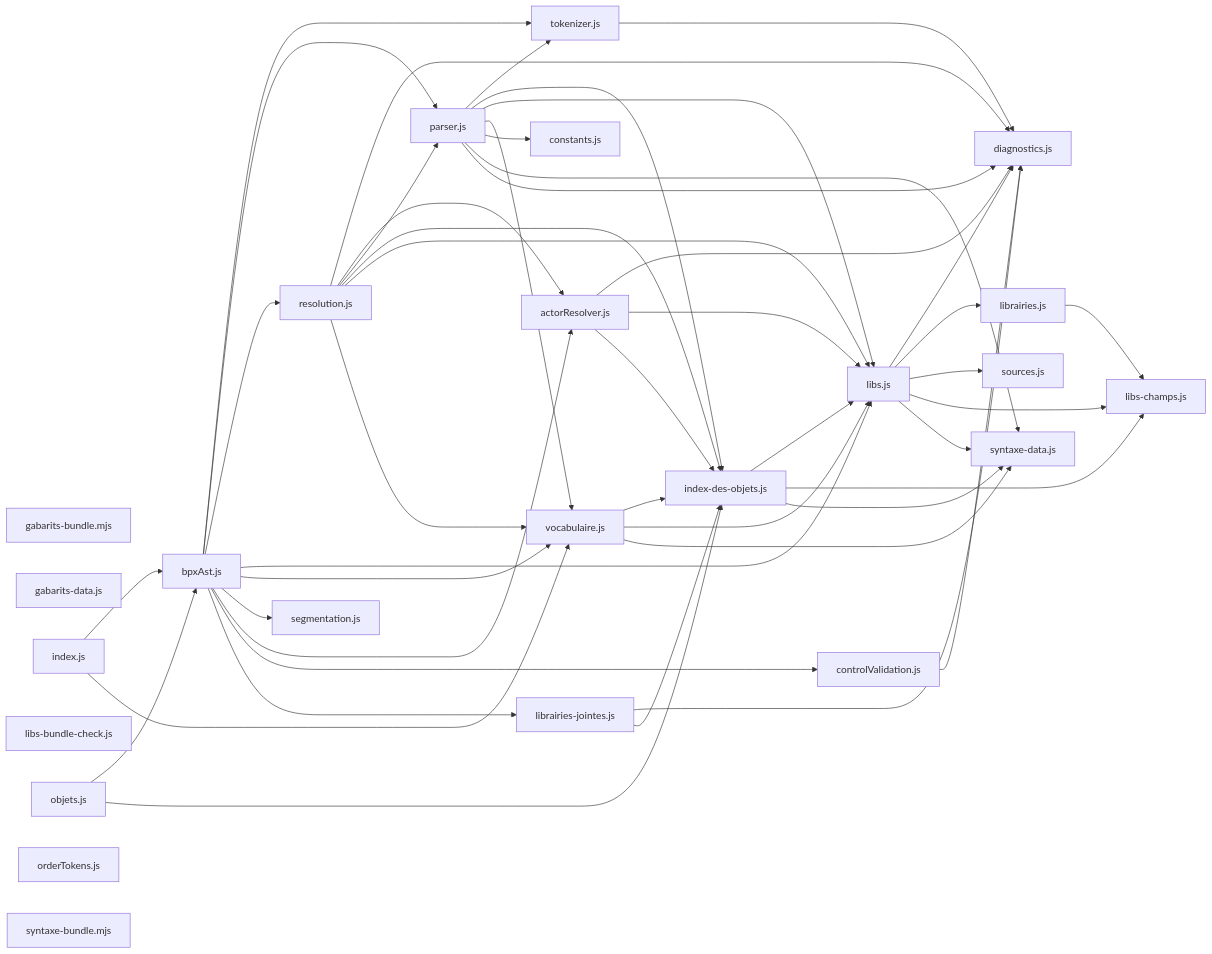
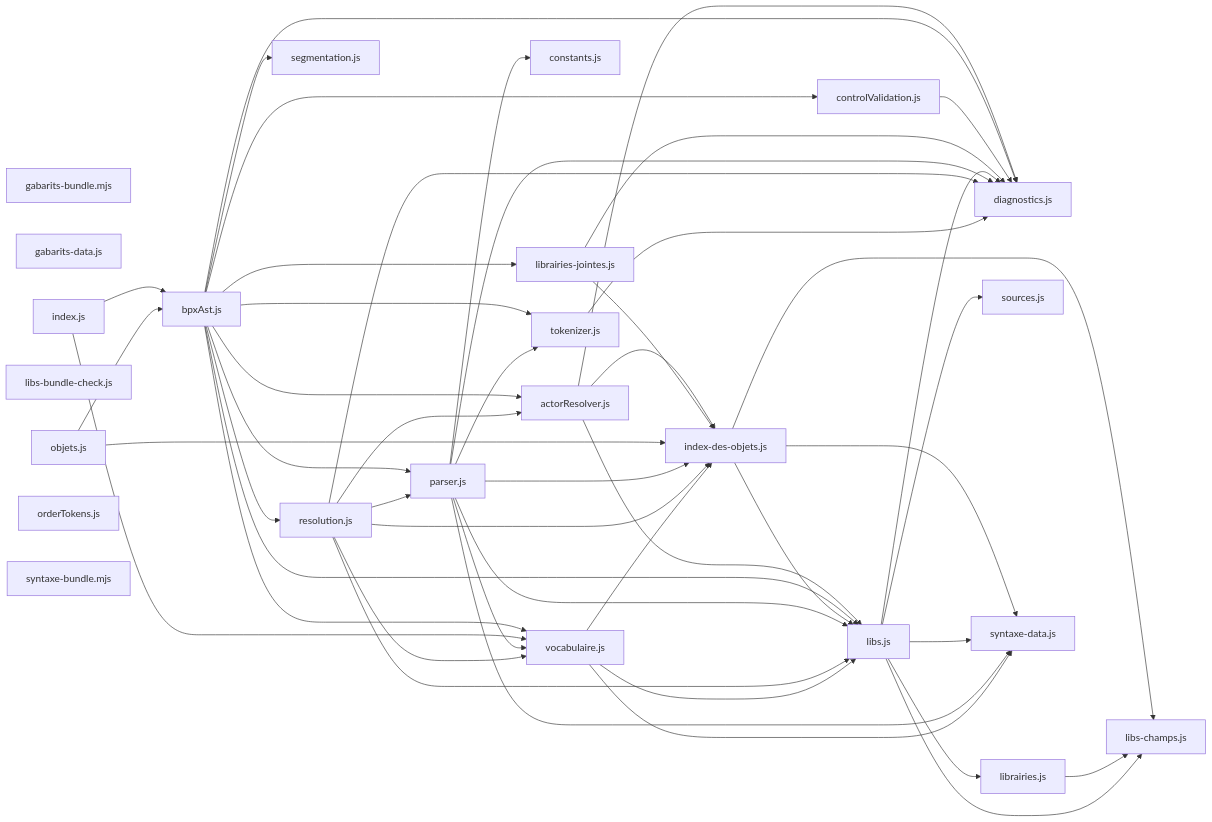
Before and after one commit to roomi-fields/BPscript: the diagram in docs/arch/carte-reel.md, drawn with Mermaid. The commit also changed other lines of this file and 47 other files, not shown here.

````diff
--- a/docs/arch/carte-reel.md
+++ b/docs/arch/carte-reel.md
@@ -43,72 +43,73 @@
 ```mermaid
 flowchart LR
   actorResolver_js["actorResolver.js"]
   bpxAst_js["bpxAst.js"]
   constants_js["constants.js"]
   controlValidation_js["controlValidation.js"]
   diagnostics_js["diagnostics.js"]
   gabarits_bundle_mjs["gabarits-bundle.mjs"]
   gabarits_data_js["gabarits-data.js"]
   index_des_objets_js["index-des-objets.js"]
   index_js["index.js"]
   librairies_jointes_js["librairies-jointes.js"]
   librairies_js["librairies.js"]
   libs_bundle_check_js["libs-bundle-check.js"]
   libs_champs_js["libs-champs.js"]
   libs_js["libs.js"]
   objets_js["objets.js"]
   orderTokens_js["orderTokens.js"]
   parser_js["parser.js"]
   resolution_js["resolution.js"]
   segmentation_js["segmentation.js"]
   sources_js["sources.js"]
   syntaxe_bundle_mjs["syntaxe-bundle.mjs"]
   syntaxe_data_js["syntaxe-data.js"]
   tokenizer_js["tokenizer.js"]
   vocabulaire_js["vocabulaire.js"]
   actorResolver_js --> diagnostics_js
   actorResolver_js --> libs_js
   actorResolver_js --> index_des_objets_js
   bpxAst_js --> tokenizer_js
   bpxAst_js --> parser_js
   bpxAst_js --> resolution_js
   bpxAst_js --> libs_js
   bpxAst_js --> vocabulaire_js
   bpxAst_js --> segmentation_js
   bpxAst_js --> actorResolver_js
   bpxAst_js --> controlValidation_js
   bpxAst_js --> librairies_jointes_js
+  bpxAst_js --> diagnostics_js
   controlValidation_js --> diagnostics_js
   index_des_objets_js --> libs_js
   index_des_objets_js --> libs_champs_js
   index_des_objets_js --> syntaxe_data_js
   index_js --> bpxAst_js
   index_js --> vocabulaire_js
   librairies_jointes_js --> diagnostics_js
   librairies_jointes_js --> index_des_objets_js
   librairies_js --> libs_champs_js
   libs_js --> diagnostics_js
   libs_js --> librairies_js
   libs_js --> sources_js
   libs_js --> libs_champs_js
   libs_js --> syntaxe_data_js
   objets_js --> bpxAst_js
   objets_js --> index_des_objets_js
   parser_js --> tokenizer_js
   parser_js --> index_des_objets_js
   parser_js --> libs_js
   parser_js --> vocabulaire_js
   parser_js --> constants_js
   parser_js --> syntaxe_data_js
   parser_js --> diagnostics_js
   resolution_js --> diagnostics_js
   resolution_js --> actorResolver_js
   resolution_js --> parser_js
   resolution_js --> index_des_objets_js
   resolution_js --> libs_js
   resolution_js --> vocabulaire_js
   tokenizer_js --> diagnostics_js
   vocabulaire_js --> index_des_objets_js
   vocabulaire_js --> libs_js
   vocabulaire_js --> syntaxe_data_js
 ```
````
